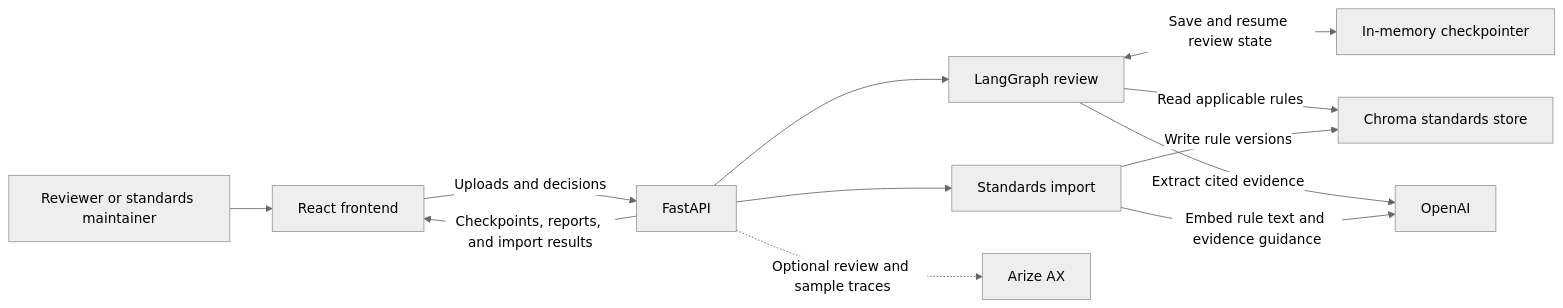
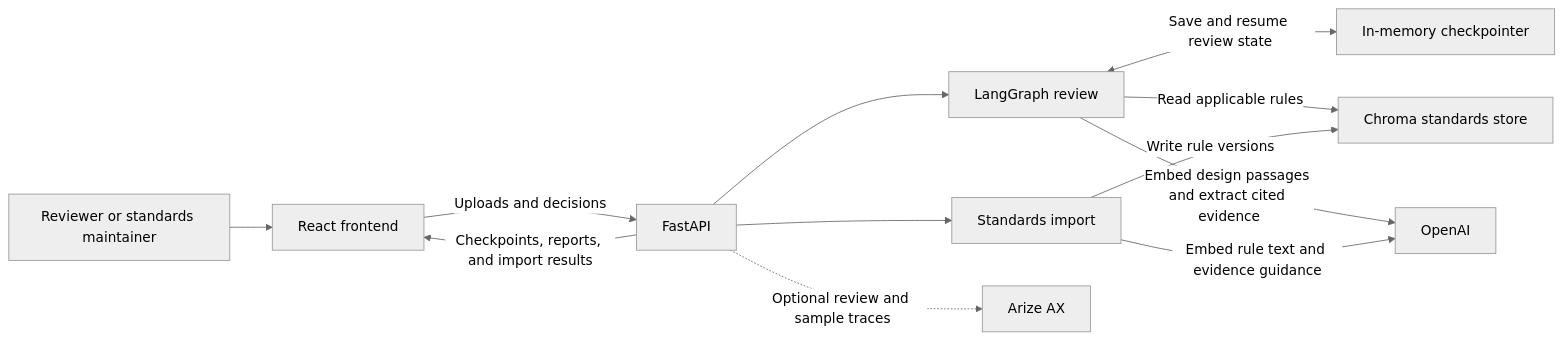
The first of 9 diagrams in flowdiagrams.md (girisheduru/archgovasst), drawn with Mermaid (neutral theme) before and after one commit. The commit also changed other lines of this file and 17 other files, not shown here.

````diff
--- a/flowdiagrams.md
+++ b/flowdiagrams.md
@@ -5,14 +5,14 @@
 ```mermaid
 flowchart LR
     User["Reviewer or standards maintainer"] --> UI["React frontend"]
     UI -->|"Uploads and decisions"| API["FastAPI"]
     API -->|"Checkpoints, reports, and import results"| UI
     API --> Review["LangGraph review"]
     API --> Import["Standards import"]
     Review <-->|"Save and resume review state"| Memory["In-memory checkpointer"]
     Review -->|"Read applicable rules"| Chroma["Chroma standards store"]
     Import -->|"Write rule versions"| Chroma
-    Review -->|"Extract cited evidence"| OpenAI["OpenAI"]
+    Review -->|"Embed design passages and extract cited evidence"| OpenAI["OpenAI"]
     Import -->|"Embed rule text and evidence guidance"| OpenAI
     API -.->|"Optional review and sample traces"| Arize["Arize AX"]
 ```
````
